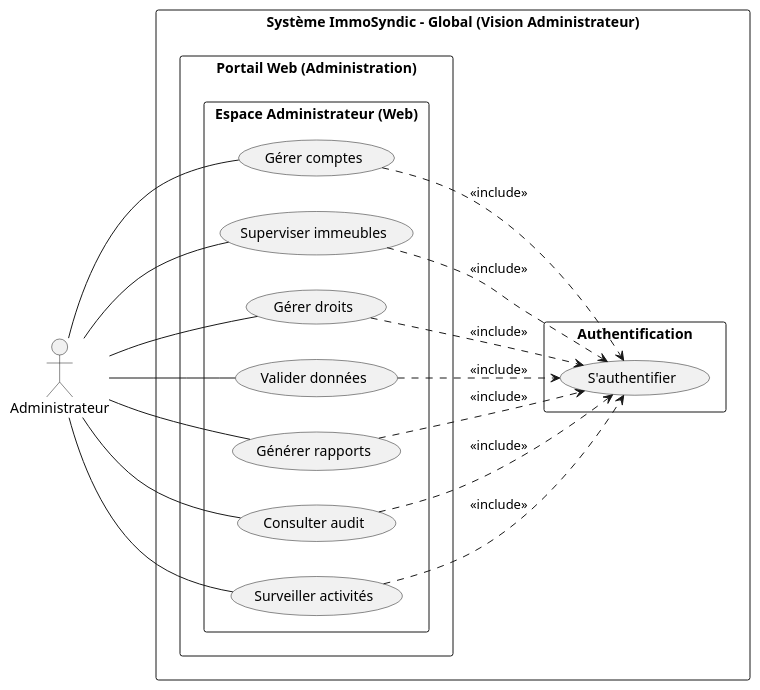
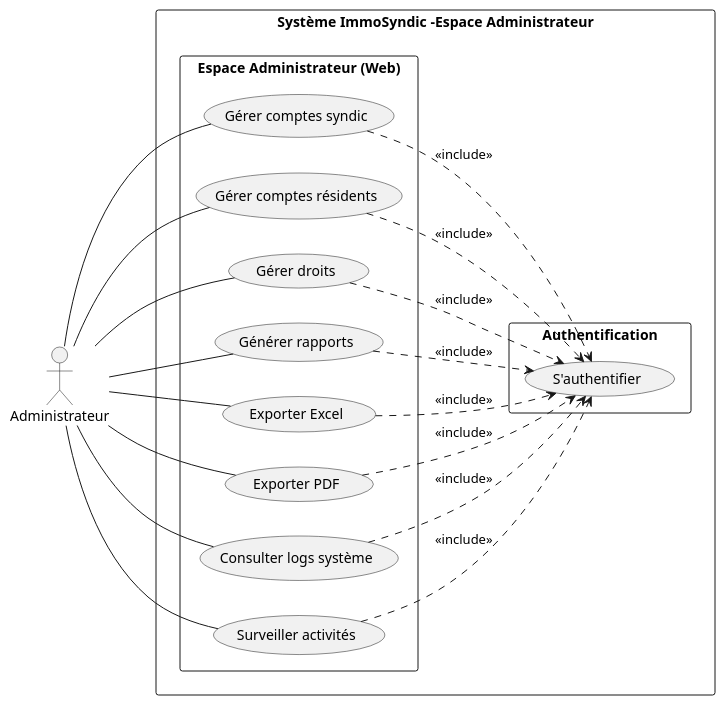
The diagram in analyse/ideation/cas_utilisation/diagramme_global/use_case_global_admin.puml (fadna-lakhouchen/Projet-finale), drawn with PlantUML before and after one commit. The commit also changed 27 other files, not shown here.

```diff
--- a/analyse/ideation/cas_utilisation/diagramme_global/use_case_global_admin.puml
+++ b/analyse/ideation/cas_utilisation/diagramme_global/use_case_global_admin.puml
@@ -1,47 +1,48 @@
 @startuml ImmoSyndic_Global_Admin
 left to right direction
 skinparam packageStyle rectangle
 skinparam shadowing false
 
 actor "Administrateur" as Admin
 
 
-rectangle "Système ImmoSyndic - Global (Vision Administrateur)" {
+rectangle "Système ImmoSyndic -Espace Administrateur" {
 
   package "Authentification" {
     usecase "S'authentifier" as Auth
   }
-
-  package "Portail Web (Administration)" {
     package "Espace Administrateur (Web)" {
-      usecase "Gérer comptes" as ManageUsers
-      usecase "Superviser immeubles" as Supervise
+      usecase "Gérer comptes syndic" as ManageSyndic
+       usecase "Gérer comptes résidents" as ManageResidents
       usecase "Gérer droits" as ManageRoles
-      usecase "Valider données" as ValidateData
       usecase "Générer rapports" as GlobalReports
-      usecase "Consulter audit" as AuditLogs
+      usecase "Exporter Excel" as ExportExcel
+      usecase "Exporter PDF" as ExportPDF
+      usecase "Consulter logs système" as AuditLogs
       usecase "Surveiller activités" as MonitorActivity
 
-      ManageUsers ..> Auth : <<include>>
-      Supervise ..> Auth : <<include>>
+      ManageSyndic ..> Auth : <<include>>
+      ManageResidents ..> Auth : <<include>>
       ManageRoles ..> Auth : <<include>>
-      ValidateData ..> Auth : <<include>>
       GlobalReports ..> Auth : <<include>>
+      ExportExcel ..> Auth : <<include>>
+      ExportPDF ..> Auth : <<include>>
       AuditLogs ..> Auth : <<include>>
       MonitorActivity ..> Auth : <<include>>
     }
-  }
+  
 
 }
 
 ' Web Connections
-Admin -- ManageUsers
-Admin -- Supervise
+Admin -- ManageSyndic
+Admin -- ManageResidents
 Admin -- ManageRoles
-Admin -- ValidateData
 Admin -- GlobalReports
+Admin -- ExportExcel
+Admin -- ExportPDF
 Admin -- AuditLogs
 Admin -- MonitorActivity
 
 
 @enduml
```
